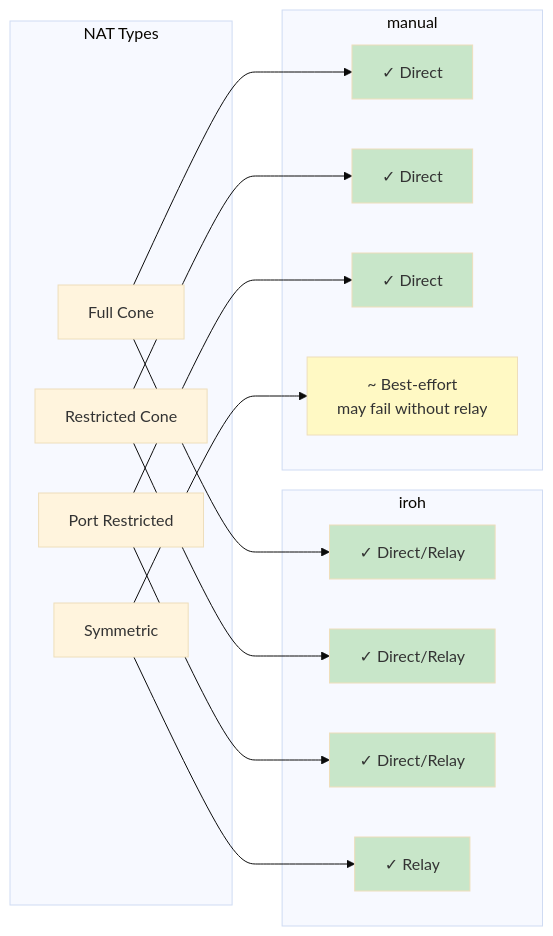
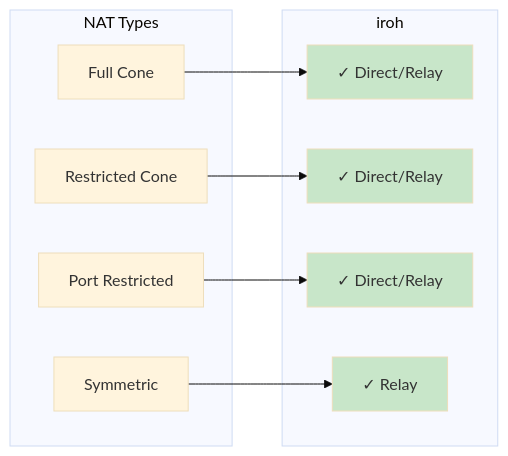
One commit to andrewtheguy/tunnel-rs changed the fourth of 22 diagrams in docs/ARCHITECTURE.md. Above: the diagram before and after it, drawn with Mermaid (base theme). The commit also changed other lines of this file and 54 other files, not shown here.

````diff
--- a/docs/ARCHITECTURE.md
+++ b/docs/ARCHITECTURE.md
@@ -160,43 +98,26 @@
 ```mermaid
 graph LR
     subgraph "NAT Types"
         A[Full Cone]
         B[Restricted Cone]
         C[Port Restricted]
         D[Symmetric]
     end
 
     subgraph "iroh"
         E1[✓ Direct/Relay]
         E2[✓ Direct/Relay]
         E3[✓ Direct/Relay]
         E4[✓ Relay]
     end
 
-    subgraph "manual"
-        G1[✓ Direct]
-        G2[✓ Direct]
-        G3[✓ Direct]
-        G4[~ Best-effort<br/>may fail without relay]
-    end
-
     A --> E1
     B --> E2
     C --> E3
     D --> E4
 
-    A --> G1
-    B --> G2
-    C --> G3
-    D --> G4
-
     style E1 fill:#C8E6C9
     style E2 fill:#C8E6C9
     style E3 fill:#C8E6C9
     style E4 fill:#C8E6C9
-
-    style G1 fill:#C8E6C9
-    style G2 fill:#C8E6C9
-    style G3 fill:#C8E6C9
-    style G4 fill:#FFF9C4
 ```
````
